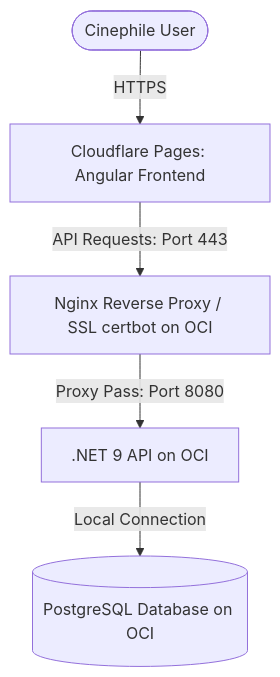
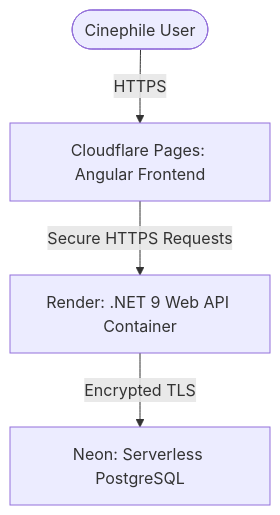
Before and after one commit to jeotma/Frametric: the diagram in docs/roadmap/phase-8.md, drawn with Mermaid. The commit also changed other lines of this file and 10 other files, not shown here.

````diff
--- a/docs/roadmap/phase-8.md
+++ b/docs/roadmap/phase-8.md
@@ -11,7 +9,6 @@
 ```mermaid
 graph TD
     User([Cinephile User]) -->|HTTPS| CF[Cloudflare Pages: Angular Frontend]
-    CF -->|API Requests: Port 443| NGINX[Nginx Reverse Proxy / SSL certbot on OCI]
-    NGINX -->|Proxy Pass: Port 8080| BE[.NET 9 API on OCI]
-    BE -->|Local Connection| DB[(PostgreSQL Database on OCI)]
+    CF -->|Secure HTTPS Requests| Render[Render: .NET 9 Web API Container]
+    Render -->|Encrypted TLS| Neon[Neon: Serverless PostgreSQL]
 ```
````
